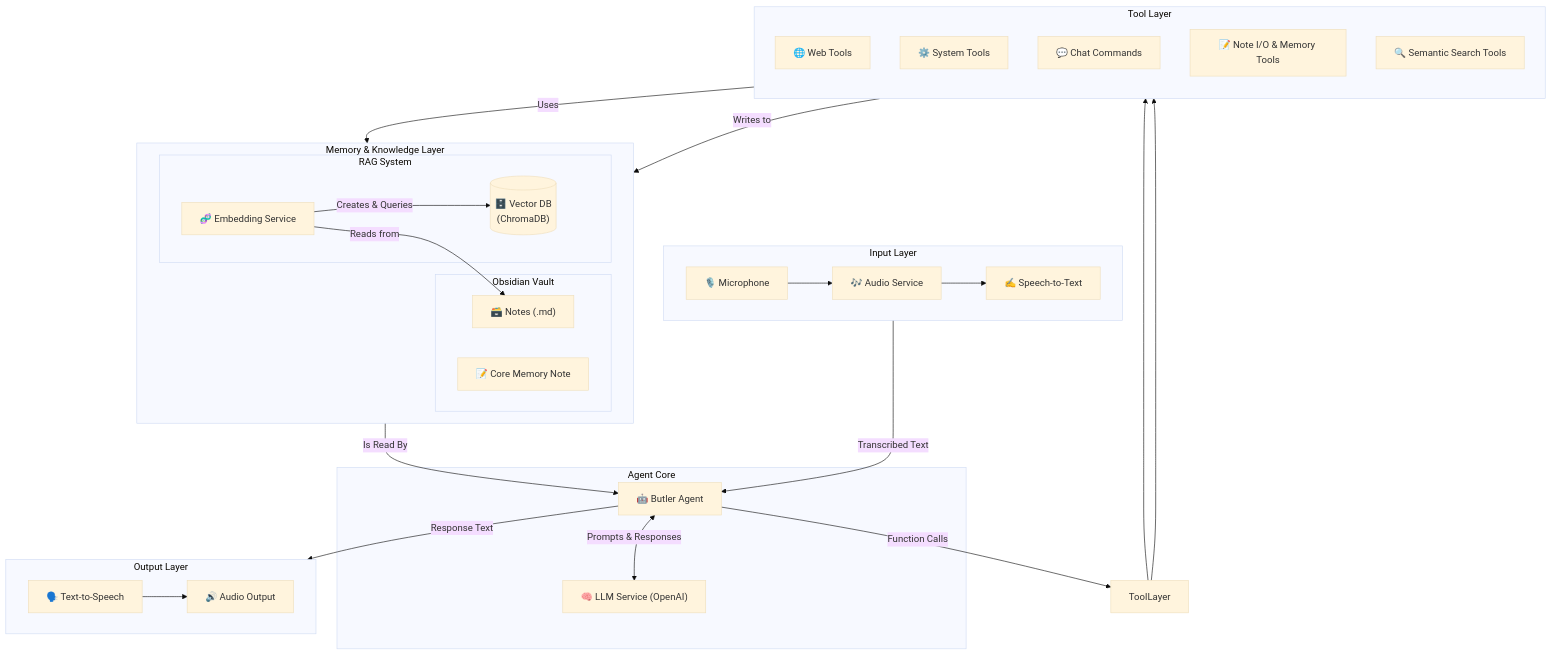
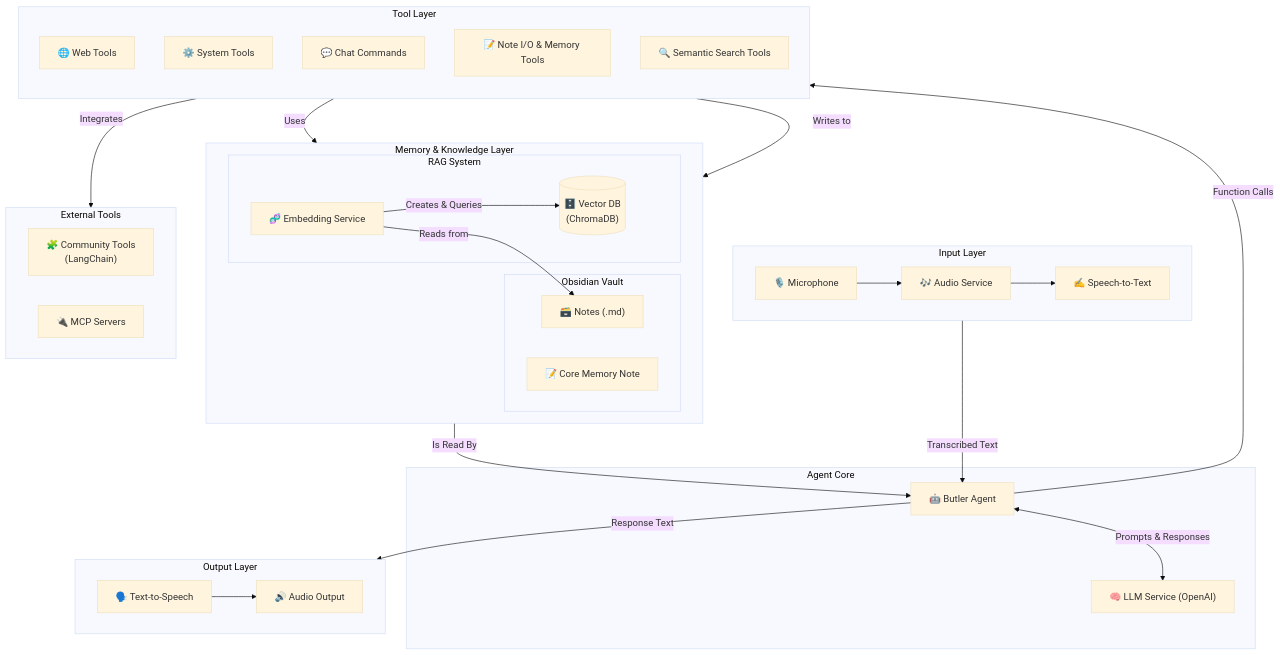
Before and after one commit to PetarKing/butler-assistant: the diagram in README.md, drawn with Mermaid (base theme). The commit also changed other lines of this file, not shown here.

Commit message:
misc ReadMe updates

````diff
--- a/README.md
+++ b/README.md
@@ -321,52 +324,56 @@
 ```mermaid
 graph TD
     subgraph "Input Layer"
         direction LR
         Mic["🎙️ Microphone"] --> AudioService["🎶 Audio Service"]
         AudioService --> STT["✍️ Speech-to-Text"]
     end
 
     subgraph "Agent Core"
         ButlerAgent["🤖 Butler Agent"]
         LLM["🧠 LLM Service (OpenAI)"]
         ButlerAgent <-->|Prompts & Responses| LLM
     end
 
     subgraph "Memory & Knowledge Layer"
         direction LR
         subgraph "Obsidian Vault"
             ObsidianFiles["🗃️ Notes (.md)"]
             CoreMemoryNote["📝 Core Memory Note"]
         end
         subgraph "RAG System"
             EmbeddingService["🧬 Embedding Service"]
             VectorDB[("🗄️ Vector DB<br>(ChromaDB)")]
         end
         EmbeddingService -- Creates & Queries --> VectorDB
         EmbeddingService -- Reads from --> ObsidianFiles
     end
 
-    subgraph "Tool Layer"
+    subgraph ToolLayer["Tool Layer"]
         direction TB
         WebTools["🌐 Web Tools"]
         SystemTools["⚙️ System Tools"]
         ChatTools["💬 Chat Commands"]
         ObsidianTools["📝 Note I/O & Memory Tools"]
         RAGTools["🔍 Semantic Search Tools"]
+    end
+
+     subgraph ExternalTools["External Tools"]
+        CommunityTools["🧩 Community Tools<br>(LangChain)"]
+        MCPServers["🔌 MCP Servers"]
     end
 
     subgraph "Output Layer"
         direction LR
         TTS["🗣️ Text-to-Speech"] --> Speaker["🔊 Audio Output"]
     end
 
     %% Connections
     STT -->|Transcribed Text| ButlerAgent
     CoreMemoryNote -- Is Read By --> ButlerAgent
     ButlerAgent -->|Function Calls| ToolLayer
-    ToolLayer --> RAGTools
     RAGTools -- Uses --> EmbeddingService
-    ToolLayer --> ObsidianTools
     ObsidianTools -- Writes to --> ObsidianFiles
+    ToolLayer -- Integrates --> ExternalTools
     ButlerAgent -->|Response Text| TTS
 ```
````
